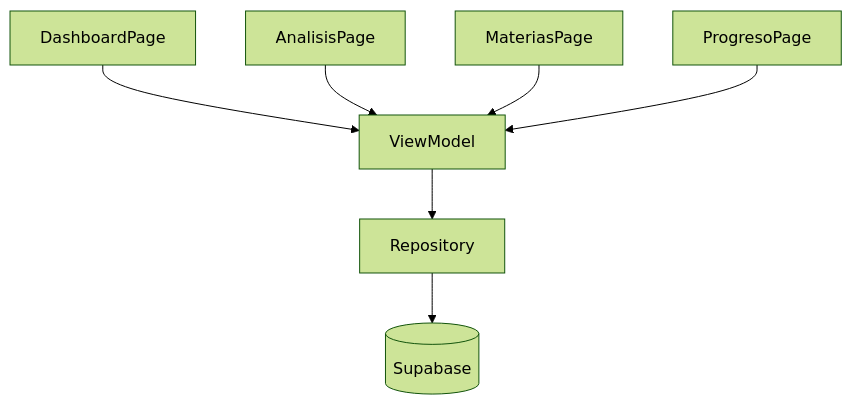
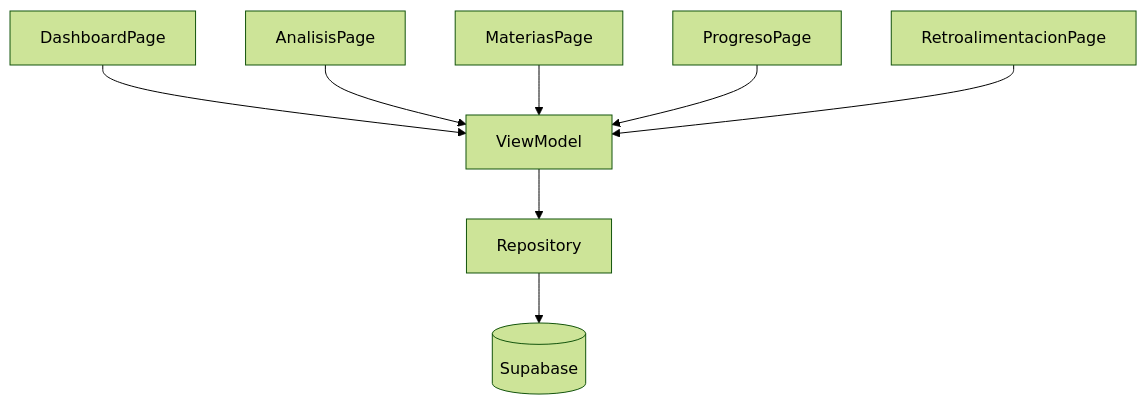
The diagram in README.md (brissiuwu/Aristeia), drawn with Mermaid (forest theme) before and after one commit.

````diff
--- a/README.md
+++ b/README.md
@@ -22,22 +22,24 @@
 ```mermaid
 graph TD
 
 A[DashboardPage]
 B[AnalisisPage]
 C[MateriasPage]
 D[ProgresoPage]
+E[RetroalimentacionPage]
 
 VM[ViewModel]
 
 R[Repository]
 
 DB[(Supabase)]
 
 A --> VM
 B --> VM
 C --> VM
 D --> VM
+E --> VM
 
 VM --> R
 R --> DB
 ```
````
